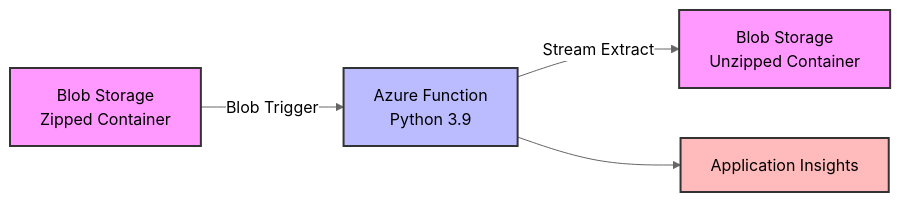
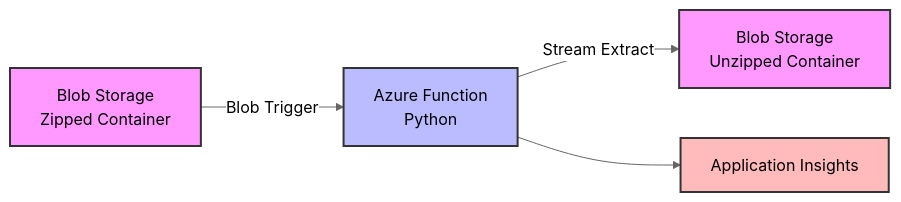
Before and after one commit to Ricky-G/azure-scenario-hub: the diagram in src/azure-function-unzip-large-files/README.md, drawn with Mermaid (neutral theme). The commit also changed 1 other file, not shown here.

Commit message:
Update README to reflect Python version compatibility for Azure Function

````diff
--- a/src/azure-function-unzip-large-files/README.md
+++ b/src/azure-function-unzip-large-files/README.md
@@ -7,11 +7,11 @@
 ```mermaid
 graph LR
-    A[Blob Storage<br/>Zipped Container] -->|Blob Trigger| B[Azure Function<br/>Python 3.9]
+    A[Blob Storage<br/>Zipped Container] -->|Blob Trigger| B[Azure Function<br/>Python]
     B -->|Stream Extract| C[Blob Storage<br/>Unzipped Container]
     B --> D[Application Insights]
     
     style A fill:#f9f,stroke:#333,stroke-width:2px
     style B fill:#bbf,stroke:#333,stroke-width:2px
     style C fill:#f9f,stroke:#333,stroke-width:2px
     style D fill:#fbb,stroke:#333,stroke-width:2px
 ```
````
